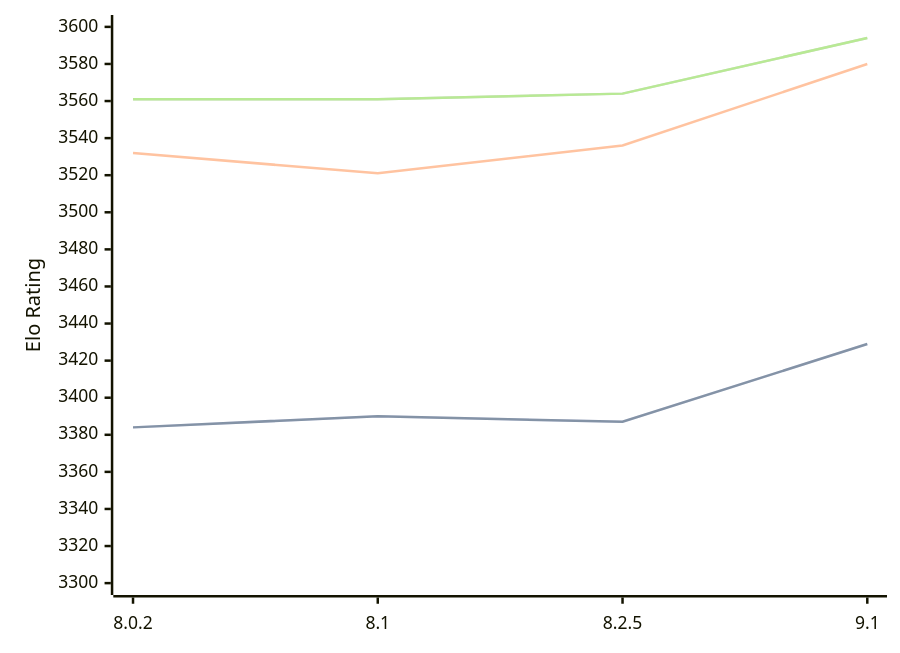
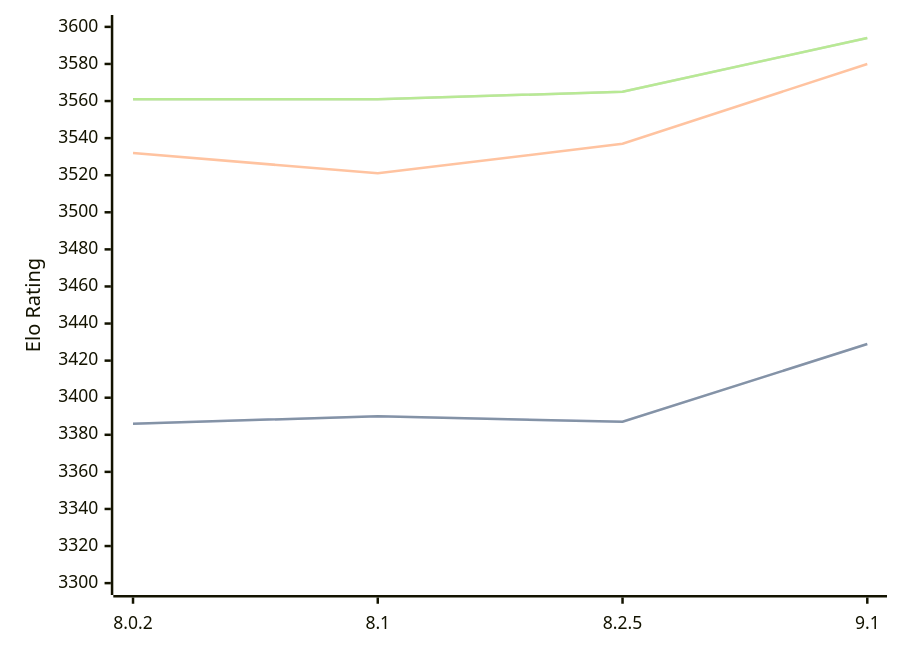
The diagram in engines/Clover.md (computer-chess-index/cci), drawn with Mermaid before and after one commit. The commit also changed other lines of this file, not shown here.

Commit message:
Update CCI Ratings (ELO VLTC) - 2026-05-13

````diff
--- a/engines/Clover.md
+++ b/engines/Clover.md
@@ -64,11 +64,11 @@
 ```mermaid
 %%{init: {"theme":"base","themeVariables":{"seriesColors:['#a3a3a3','#222221','#faa371']}}}%%
 xychart-beta
   x-axis ["8.0.2", "8.1", "8.2.5", "9.1"]
   y-axis "Elo Rating" 3300 --> 3600
-  line "STC (8.0+0.08s)" [3384, 3390, 3387, 3429]
-  line "STC (8.0+0.08s)" [3384, 3390, 3387, 3429]
-  line "LTC (60.0+0.60s)" [3532, 3521, 3536, 3580]
-  line "VLTC (2m24s+1.12s)" [3561, 3561, 3564, 3594]
-  line "VLTC (2m24s+1.12s)" [3561, 3561, 3564, 3594]
+  line "STC (8.0+0.08s)" [3386, 3390, 3387, 3429]
+  line "STC (8.0+0.08s)" [3386, 3390, 3387, 3429]
+  line "LTC (60.0+0.60s)" [3532, 3521, 3537, 3580]
+  line "VLTC (2m24s+1.12s)" [3561, 3561, 3565, 3594]
+  line "VLTC (2m24s+1.12s)" [3561, 3561, 3565, 3594]
 ```
````
